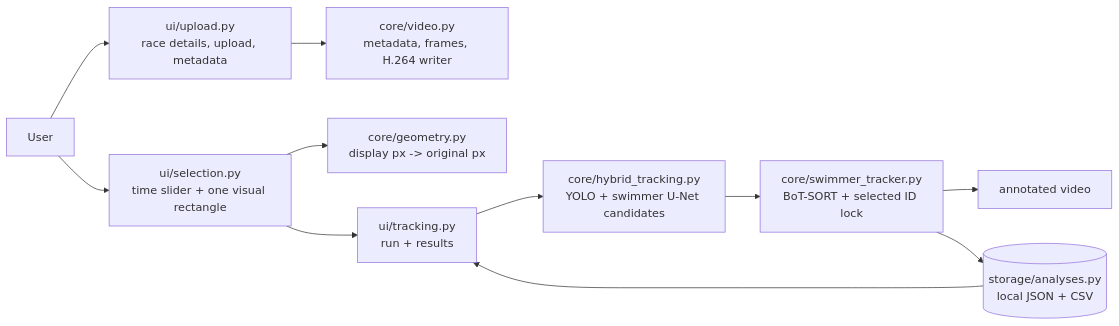
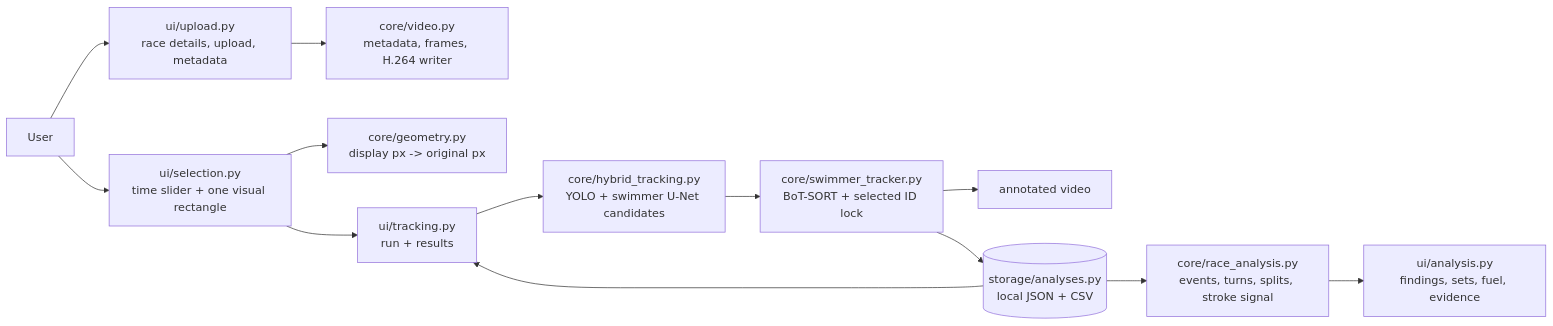
Before and after one commit to samyar2012/SWIMVISION: the diagram in README.md, drawn with Mermaid. The commit also changed other lines of this file and 10 other files, not shown here.

Commit message:
Add user-friendly race analysis

````diff
--- a/README.md
+++ b/README.md
@@ -38,13 +41,15 @@
 ```mermaid
 flowchart LR
     U[User] --> UP[ui/upload.py<br/>race details, upload, metadata]
     UP --> V[core/video.py<br/>metadata, frames, H.264 writer]
     U --> SEL[ui/selection.py<br/>time slider + one visual rectangle]
     SEL --> G[core/geometry.py<br/>display px -> original px]
     SEL --> TR[ui/tracking.py<br/>run + results]
     TR --> H[core/hybrid_tracking.py<br/>YOLO + swimmer U-Net candidates]
     H --> P[core/swimmer_tracker.py<br/>BoT-SORT + selected ID lock]
     P --> O[annotated video]
     P --> ST[(storage/analyses.py<br/>local JSON + CSV)]
     ST --> TR
+    ST --> RA[core/race_analysis.py<br/>events, turns, splits, stroke signal]
+    RA --> UI[ui/analysis.py<br/>findings, sets, fuel, evidence]
 ```
````
